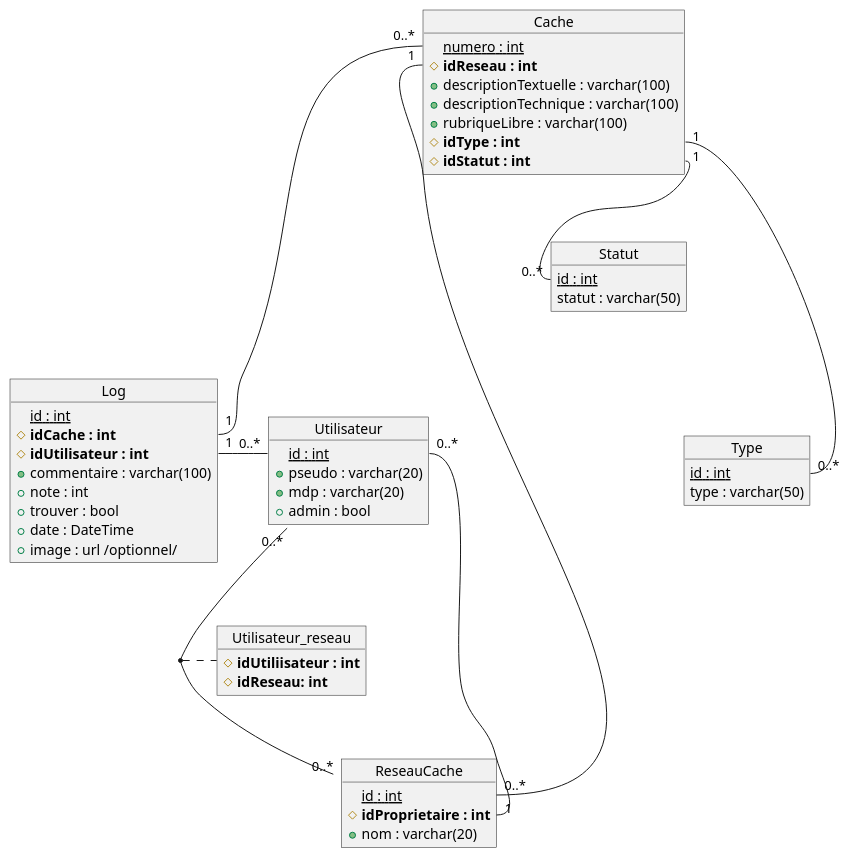
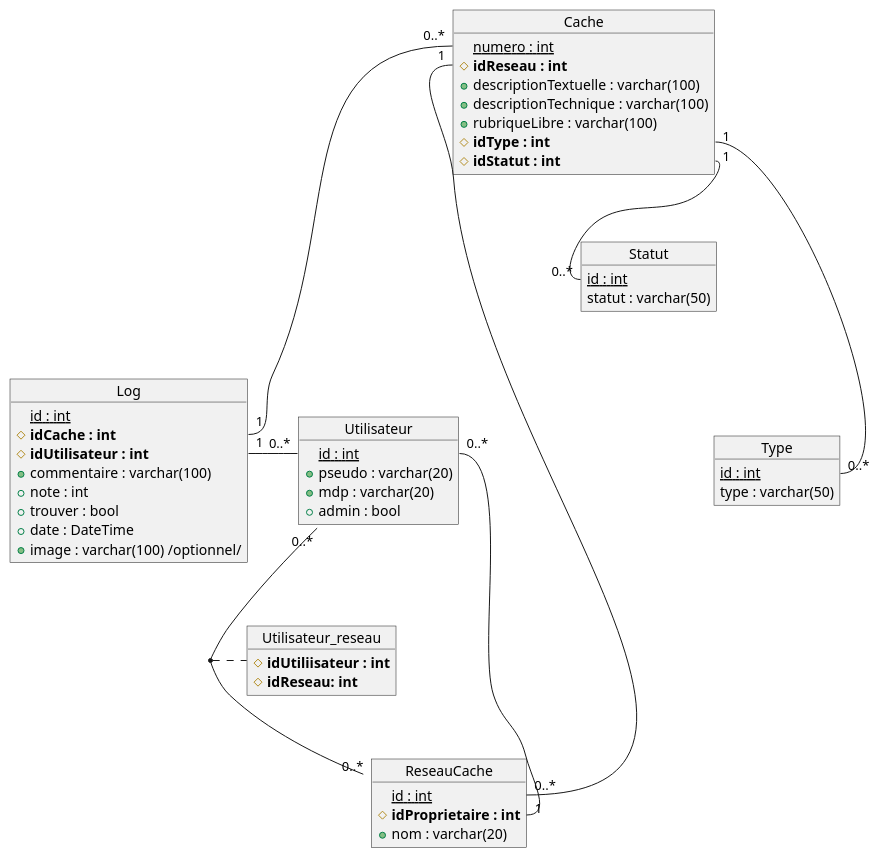
Before and after one commit to Thomas-Duthoit/ge-OO-cache: the diagram in conception/UML/MPD_V2.puml, drawn with PlantUML.

Commit message:
Change image type from url to varchar in MPD_V2.puml

```diff
--- a/conception/UML/MPD_V2.puml
+++ b/conception/UML/MPD_V2.puml
@@ -1,64 +1,64 @@
 @startuml
 
 object Utilisateur{
   {static} id : int
   + pseudo : varchar(20)
   + mdp : varchar(20)
   + admin : bool
 }
 
 object ReseauCache{
   {static} id : int
   # <b>idProprietaire : int</b>
   + nom : varchar(20)
 }
 
 object Utilisateur_reseau{
   # <b>idUtiliisateur : int</b>
   # <b>idReseau: int</b>
 }
 
 object Cache{
   {static} numero : int
   # <b>idReseau : int</b>
   + descriptionTextuelle : varchar(100)
   + descriptionTechnique : varchar(100) 
   + rubriqueLibre : varchar(100)
   # <b>idType : int</b>
   # <b>idStatut : int</b>
 }
 
 object Log{
   {static} id : int
   # <b>idCache : int</b>
   # <b>idUtilisateur : int</b>
   + commentaire : varchar(100)
   + note : int
   + trouver : bool
   + date : DateTime
-  + image : url /optionnel/
+  + image : varchar(100) /optionnel/
 }
 
 object Statut{
   {static} id : int 
   statut : varchar(50)
 }
 
 object Type{
   {static} id : int 
   type : varchar(50) 
 }
 
 Utilisateur "0..*" -- "0..*" ReseauCache 
 (Utilisateur, ReseauCache) . Utilisateur_reseau
 
 Cache::idReseau "1" --- "0..*" ReseauCache::id 
 
 Cache::numero "0..*" --- "1" Log::idCache
 Utilisateur::id "0..*" -- "1" ReseauCache::idProprietaire
 Log::idUtilisateur "1" - "0..*" Utilisateur::id
 
 Cache::idStatut "1" -- "0..*" Statut::id
 Cache::idType "1" --- "0..*" Type::id
 
 @enduml
```
